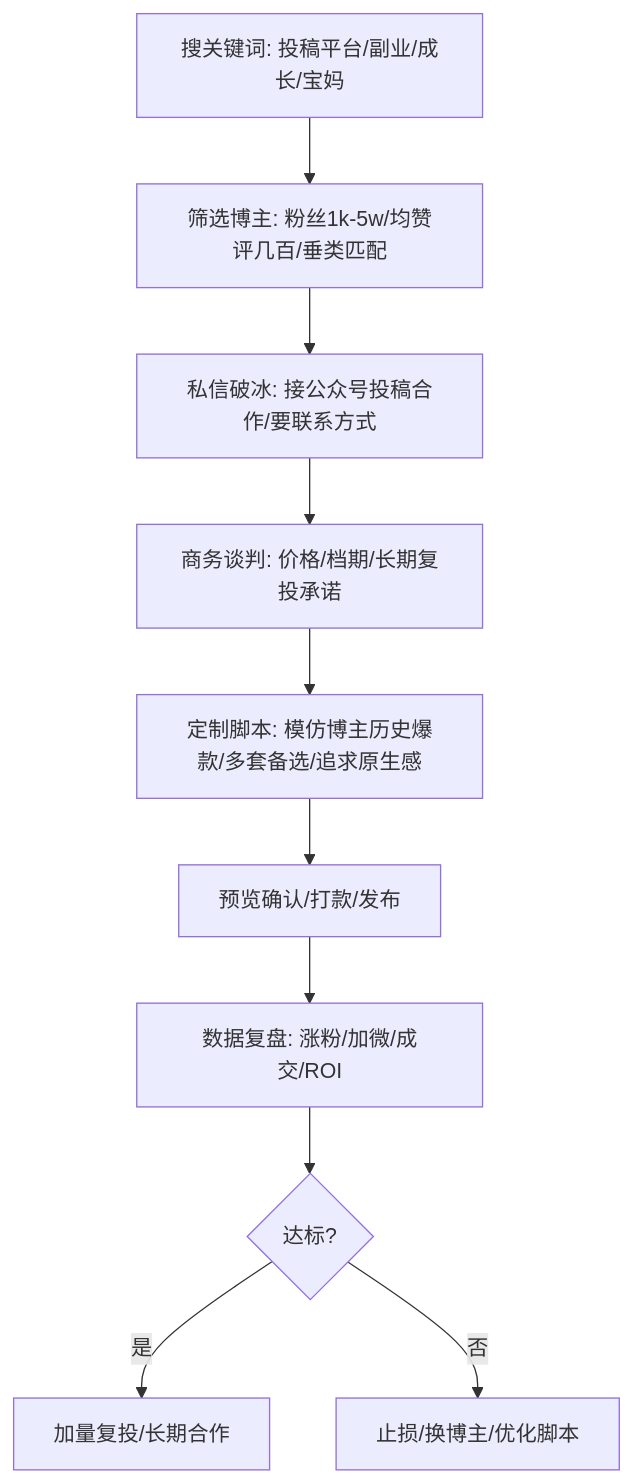
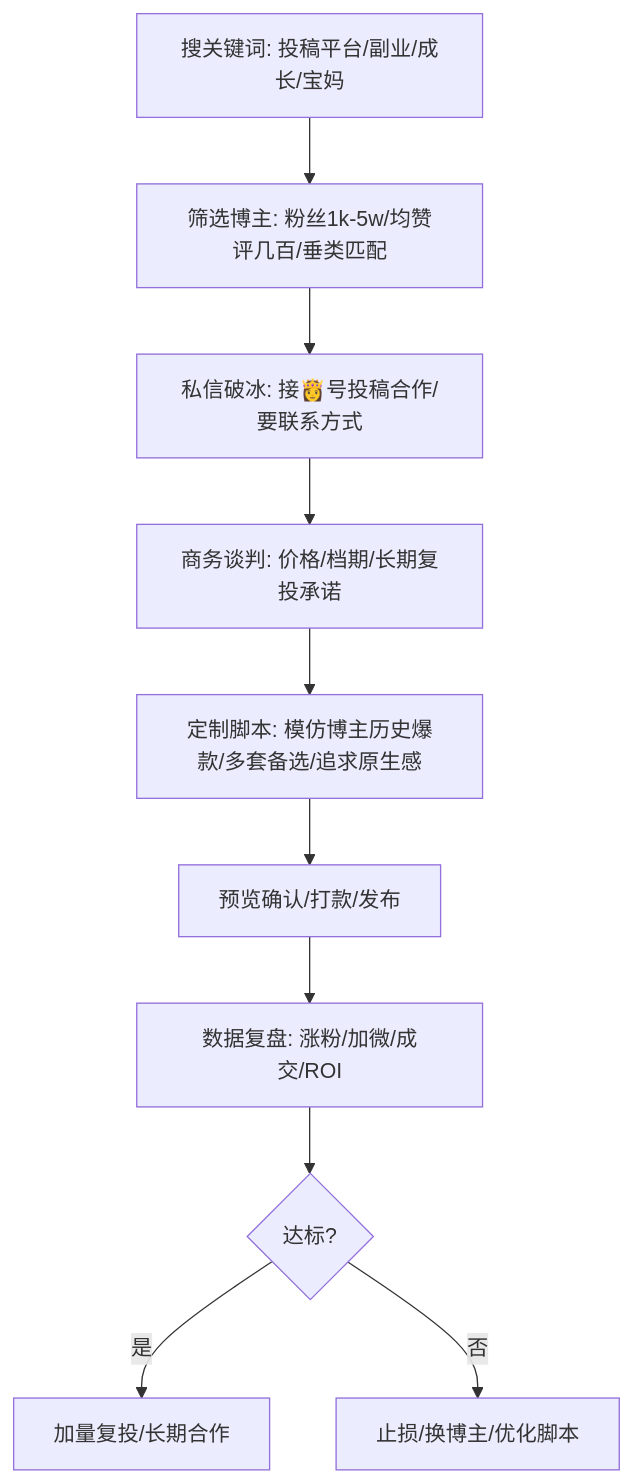
One commit to OpenDocCN1/flygon-zhuanqian-zhoubao changed the fifth of 9 diagrams in docs/202305_paper2textbook/asset/body_fix_b22ada5ac71d40a2f34760abe40e17e3_14558ae1b451ea9a7e80c9747f49caaf_7cce3e3746172f1ac63cbf4de92cfc51_8ce32c74466d024be3051bf7c8a58ccf.md. Above: the diagram before and after it, drawn with Mermaid. The commit also changed other lines of this file and 6688 other files, not shown here.

````diff
--- a/docs/202305_paper2textbook/asset/body_fix_b22ada5ac71d40a2f34760abe40e17e3_14558ae1b451ea9a7e80c9747f49caaf_7cce3e3746172f1ac63cbf4de92cfc51_8ce32c74466d024be3051bf7c8a58ccf.md
+++ b/docs/202305_paper2textbook/asset/body_fix_b22ada5ac71d40a2f34760abe40e17e3_14558ae1b451ea9a7e80c9747f49caaf_7cce3e3746172f1ac63cbf4de92cfc51_8ce32c74466d024be3051bf7c8a58ccf.md
@@ -349,11 +349,11 @@
 ```mermaid
 flowchart TD
     A[搜关键词: 投稿平台/副业/成长/宝妈] --> B[筛选博主: 粉丝1k-5w/均赞评几百/垂类匹配]
-    B --> C[私信破冰: 接公众号投稿合作/要联系方式]
+    B --> C[私信破冰: 接👸号投稿合作/要联系方式]
     C --> D[商务谈判: 价格/档期/长期复投承诺]
     D --> E[定制脚本: 模仿博主历史爆款/多套备选/追求原生感]
     E --> F[预览确认/打款/发布]
     F --> G[数据复盘: 涨粉/加微/成交/ROI]
     G --> H{达标?} -- 是 --> I[加量复投/长期合作]
     H -- 否 --> J[止损/换博主/优化脚本]
 ```
````
